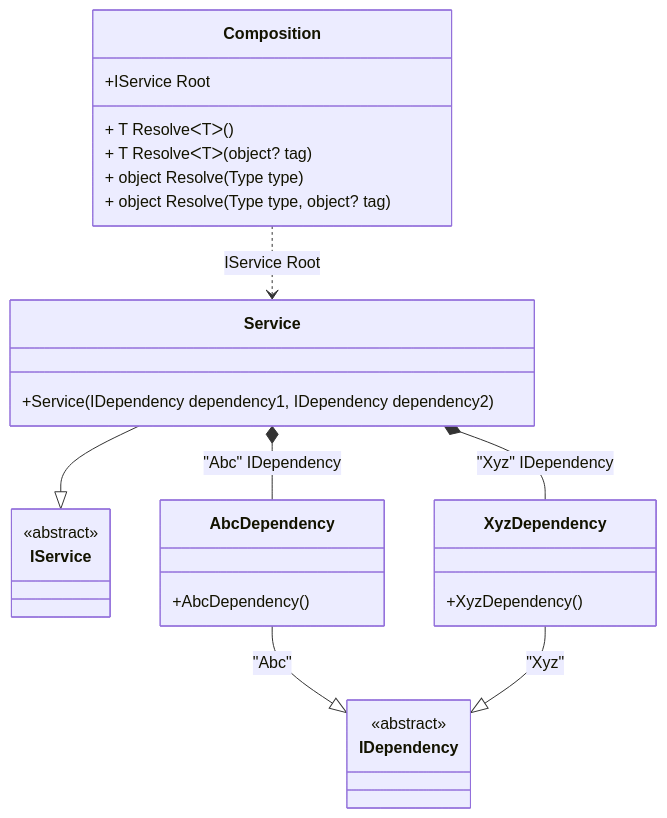
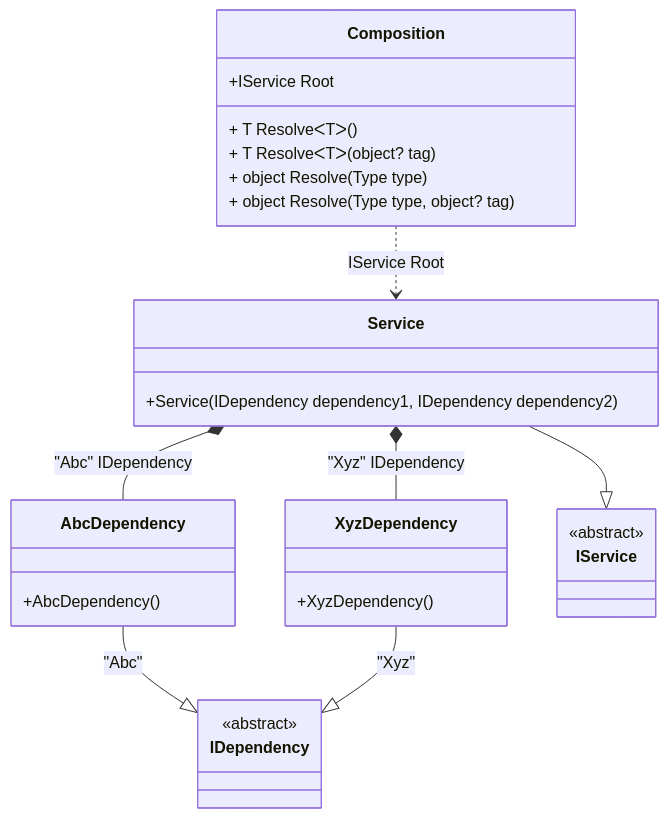
The diagram in readme/tag-attribute.md (DevTeam/Pure.DI), drawn with Mermaid before and after one commit. The commit also changed other lines of this file and 58 other files, not shown here.

Commit message:
Fixes an issue where overloaded bindings can be applied in the wrong sequence

````diff
--- a/readme/tag-attribute.md
+++ b/readme/tag-attribute.md
@@ -47,31 +47,31 @@
 ```mermaid
 classDiagram
   class Composition {
     +IService Root
     + T ResolveᐸTᐳ()
     + T ResolveᐸTᐳ(object? tag)
     + object Resolve(Type type)
     + object Resolve(Type type, object? tag)
   }
-  Service --|> IService : 
-  class Service {
-    +Service(IDependency dependency1, IDependency dependency2)
-  }
   AbcDependency --|> IDependency : "Abc" 
   class AbcDependency {
     +AbcDependency()
   }
   XyzDependency --|> IDependency : "Xyz" 
   class XyzDependency {
     +XyzDependency()
   }
-  class IService {
+  Service --|> IService : 
+  class Service {
+    +Service(IDependency dependency1, IDependency dependency2)
+  }
+  class IDependency {
     <<abstract>>
   }
-  class IDependency {
+  class IService {
     <<abstract>>
   }
   Service *--  AbcDependency : "Abc"  IDependency
   Service *--  XyzDependency : "Xyz"  IDependency
   Composition ..> Service : IService Root
 ```
````
